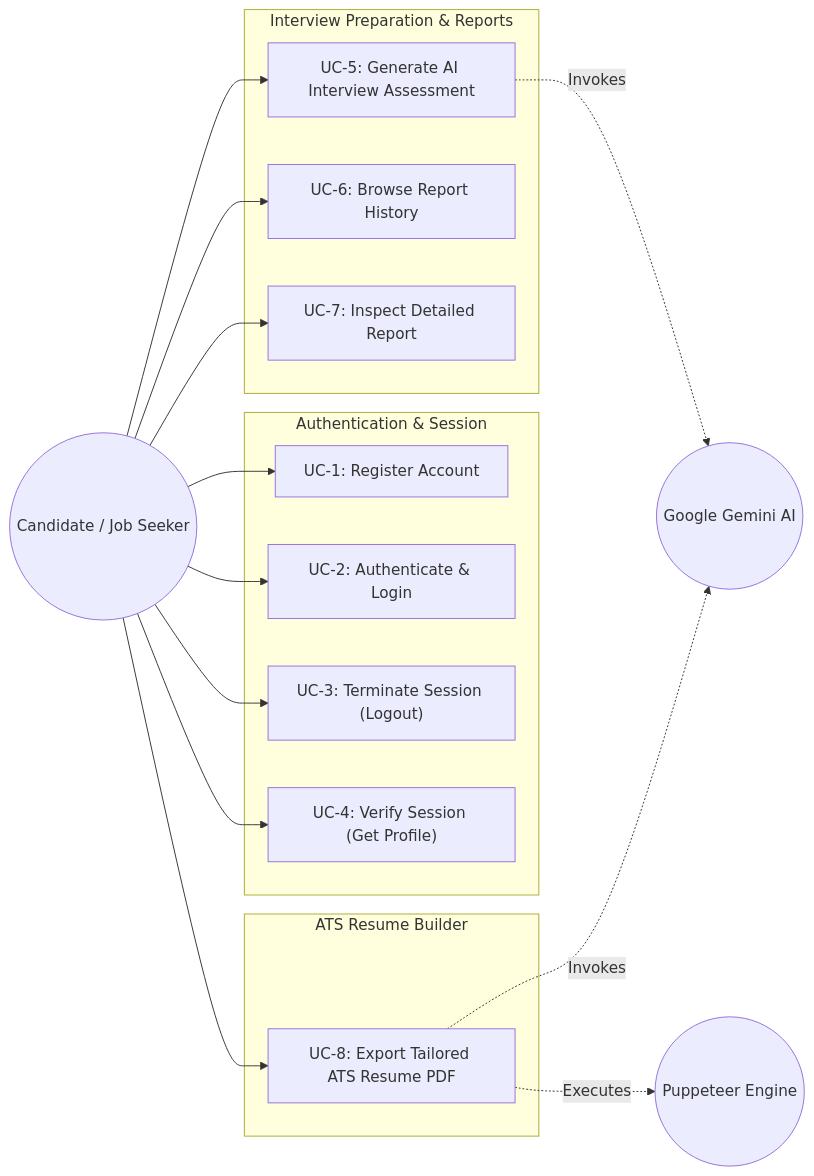
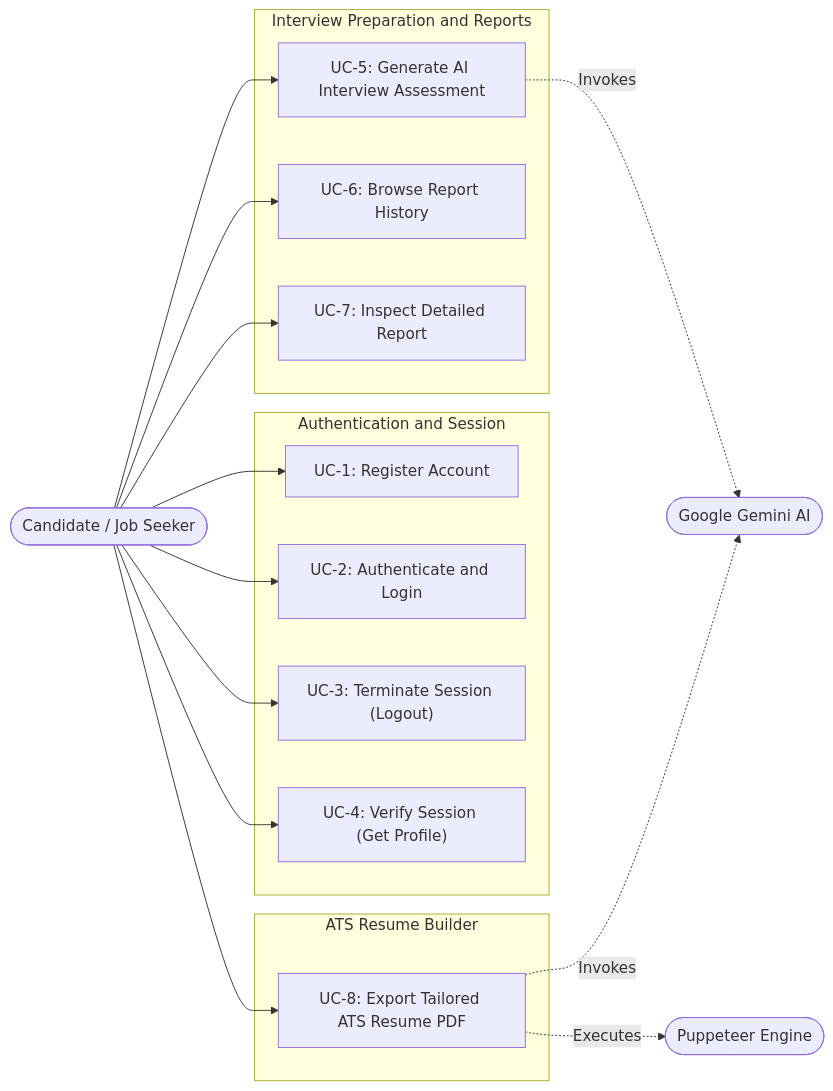
The diagram in Documents/use_cases.md (Shivam-S-Ramoliya/Gen-AI-Project), drawn with Mermaid before and after one commit. The commit also changed 4 other files, not shown here.

Commit message:
fix(docs): resolve Mermaid syntax and character escaping in sequence diagrams

````diff
--- a/Documents/use_cases.md
+++ b/Documents/use_cases.md
@@ -20,37 +20,37 @@
 ```mermaid
 flowchart LR
-    Candidate((Candidate / Job Seeker))
-    Gemini((Google Gemini AI))
-    Puppeteer((Puppeteer Engine))
+    Candidate(["Candidate / Job Seeker"])
+    Gemini(["Google Gemini AI"])
+    Puppeteer(["Puppeteer Engine"])
 
-    subgraph AuthModule["Authentication & Session"]
+    subgraph AuthModule["Authentication and Session"]
         UC1["UC-1: Register Account"]
-        UC2["UC-2: Authenticate & Login"]
+        UC2["UC-2: Authenticate and Login"]
         UC3["UC-3: Terminate Session (Logout)"]
         UC4["UC-4: Verify Session (Get Profile)"]
     end
 
-    subgraph ReportModule["Interview Preparation & Reports"]
+    subgraph ReportModule["Interview Preparation and Reports"]
         UC5["UC-5: Generate AI Interview Assessment"]
         UC6["UC-6: Browse Report History"]
         UC7["UC-7: Inspect Detailed Report"]
     end
 
     subgraph ResumeModule["ATS Resume Builder"]
         UC8["UC-8: Export Tailored ATS Resume PDF"]
     end
 
     Candidate --> UC1
     Candidate --> UC2
     Candidate --> UC3
     Candidate --> UC4
 
     Candidate --> UC5
     Candidate --> UC6
     Candidate --> UC7
     Candidate --> UC8
 
     UC5 -.->|Invokes| Gemini
     UC8 -.->|Invokes| Gemini
     UC8 -.->|Executes| Puppeteer
 ```
````
